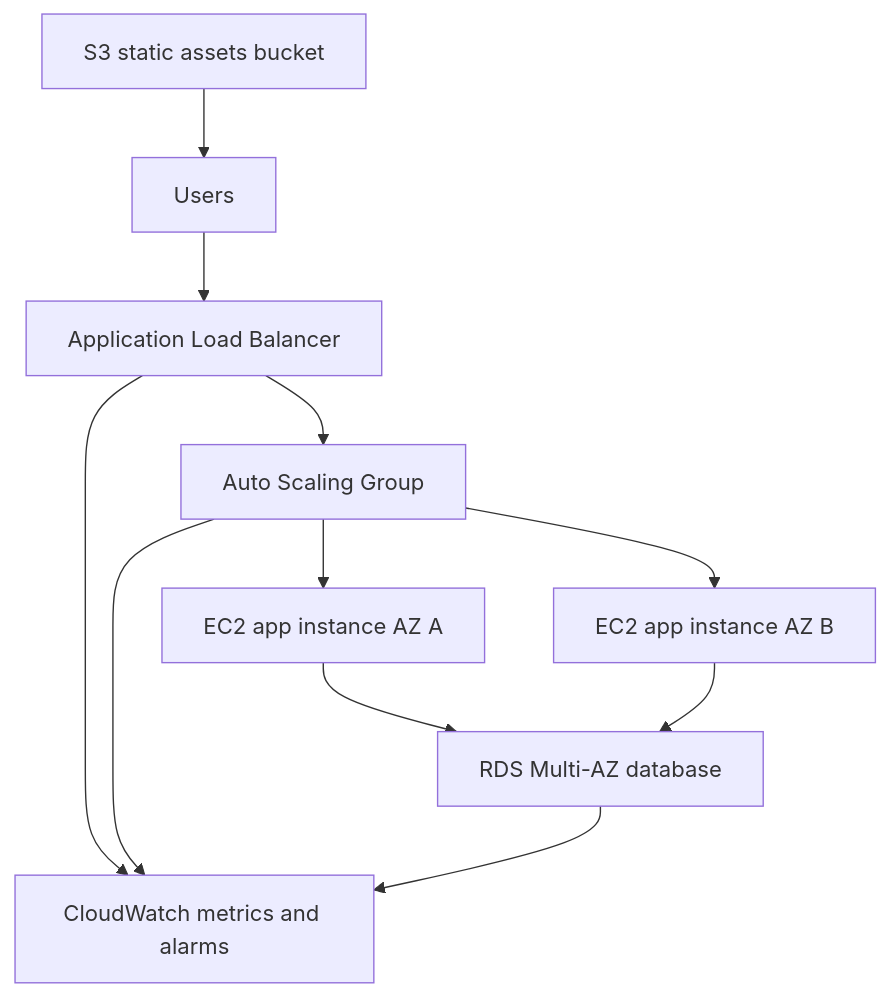
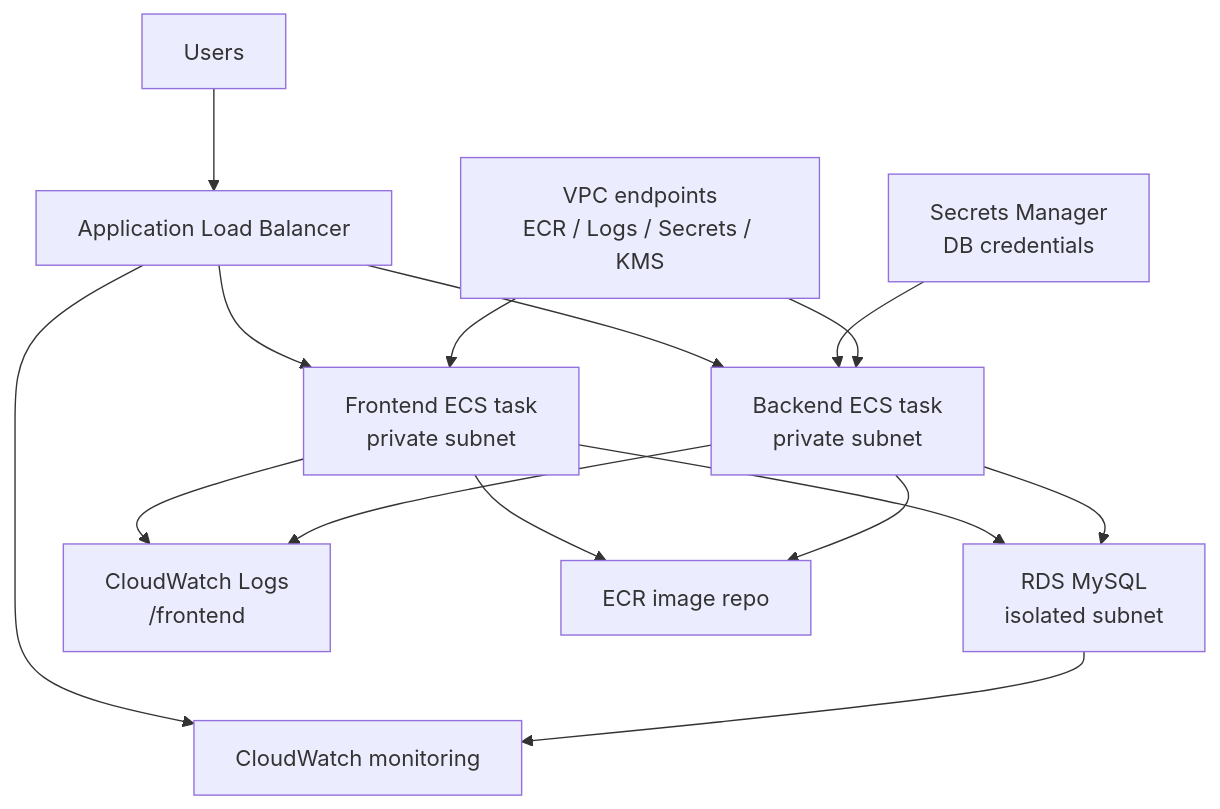
The first of 2 diagrams in docs/architecture.md (AlexJelani/aws-cloud-engineer-projects), drawn with Mermaid before and after one commit. The commit also changed other lines of this file and 2 other files, not shown here.

Commit message:
updated the repo docs to match the current ECS Fargate deployment and the architecture fix

````diff
--- a/docs/architecture.md
+++ b/docs/architecture.md
@@ -5,13 +5,21 @@
 ```mermaid
 flowchart TB
   user["Users"] --> alb["Application Load Balancer"]
-  alb --> asg["Auto Scaling Group"]
-  asg --> ec2a["EC2 app instance AZ A"]
-  asg --> ec2b["EC2 app instance AZ B"]
-  ec2a --> rds["RDS Multi-AZ database"]
-  ec2b --> rds
-  alb --> cw["CloudWatch metrics and alarms"]
-  asg --> cw
+  alb --> frontend["Frontend ECS task\nprivate subnet"]
+  alb --> api["Backend ECS task\nprivate subnet"]
+
+  frontend --> rds["RDS MySQL\nisolated subnet"]
+  api --> rds
+
+  frontend --> logs["CloudWatch Logs\n/frontend"]
+  api --> logs
+  frontend --> ecr["ECR image repo"]
+  api --> ecr
+
+  secret["Secrets Manager\nDB credentials"] --> api
+  vpc["VPC endpoints\nECR / Logs / Secrets / KMS"] --> frontend
+  vpc --> api
+
+  alb --> cw["CloudWatch monitoring"]
   rds --> cw
-  s3["S3 static assets bucket"] --> user
 ```
````
